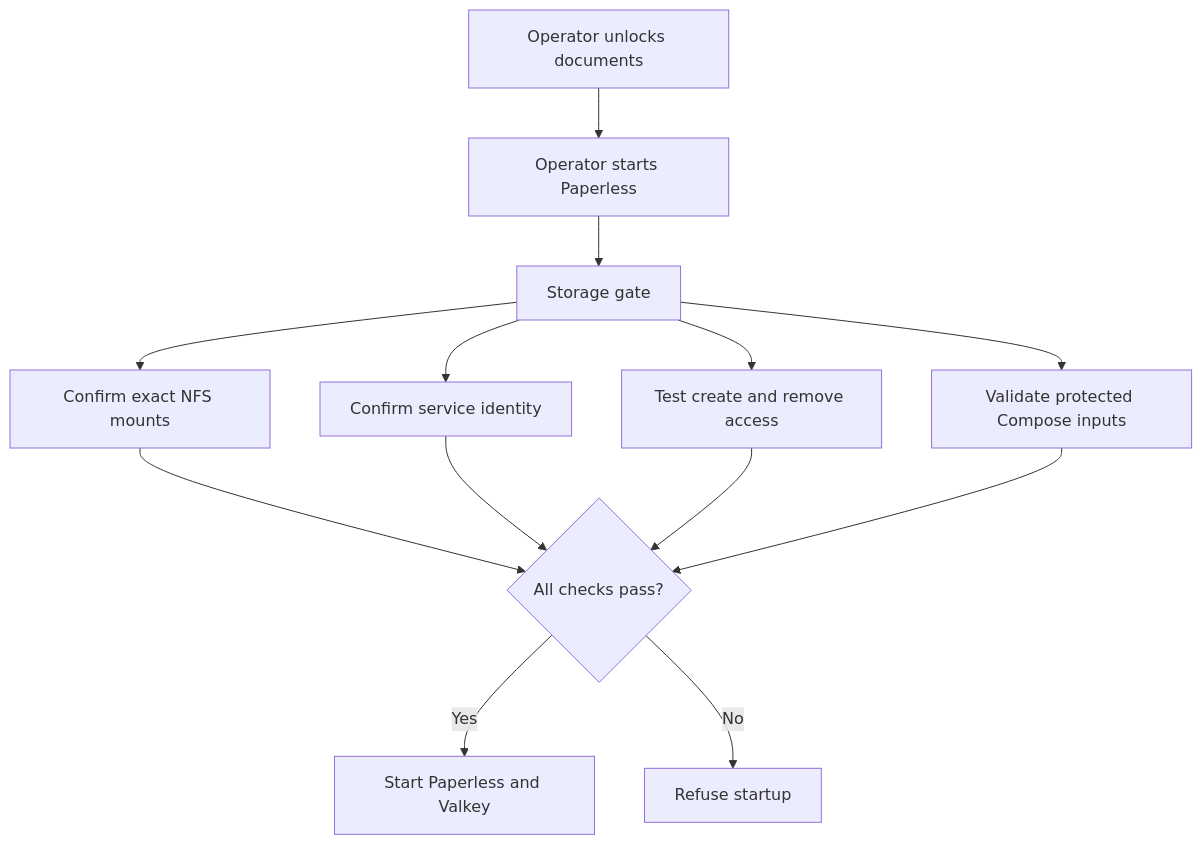
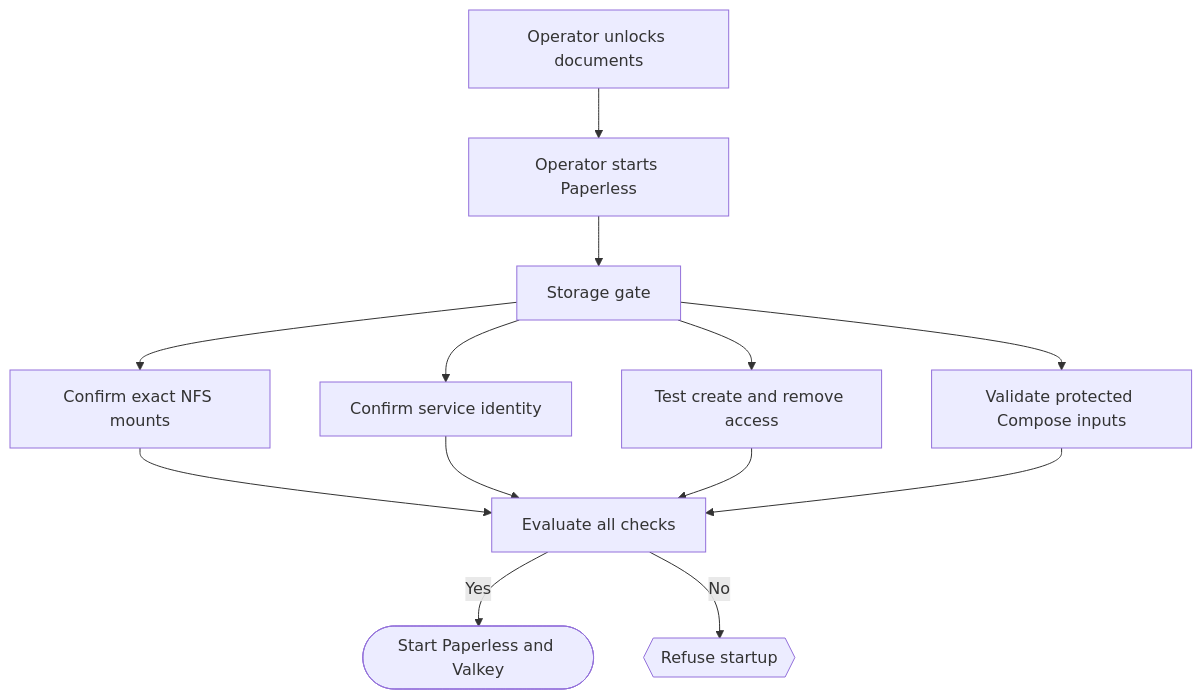
The third of 3 diagrams in site/content/blog/building-my-homelab-part4.md (jnanic/jnanic.github.io), drawn with Mermaid before and after one commit. The commit also changed other lines of this file and 3 other files, not shown here.

Commit message:
updated mermaind diagrams on rest of the blogs.

````diff
--- a/site/content/blog/building-my-homelab-part4.md
+++ b/site/content/blog/building-my-homelab-part4.md
@@ -137,21 +160,32 @@
 ```mermaid size=standard caption="Paperless storage-gated startup"
 flowchart TB
     accTitle: Paperless storage-gated startup
     accDescr: After documents are unlocked and Paperless startup is requested, a storage gate checks NFS mounts, service identity, write access, and protected inputs. Passing starts Paperless and Valkey; failure refuses startup.
 
-    UNLOCK["Operator unlocks documents"] --> START["Operator starts Paperless"]
-    START --> GATE["Storage gate"]
+    UNLOCK["Operator unlocks documents"]
+    START["Operator starts Paperless"]
+    GATE["Storage gate"]
+    MOUNTS["Confirm exact NFS mounts"]
+    IDENTITY["Confirm service identity"]
+    ACCESS["Test create and remove access"]
+    CONFIG["Validate protected Compose inputs"]
+    PASS["Evaluate all checks"]
+    COMPOSE(["Start Paperless and Valkey"])
+    REFUSE{{"Refuse startup"}}
 
-    GATE --> MOUNTS["Confirm exact NFS mounts"]
-    GATE --> IDENTITY["Confirm service identity"]
-    GATE --> ACCESS["Test create and remove access"]
-    GATE --> CONFIG["Validate protected Compose inputs"]
-
-    MOUNTS --> PASS{"All checks pass?"}
+    UNLOCK --> START --> GATE
+    GATE --> MOUNTS
+    GATE --> IDENTITY
+    GATE --> ACCESS
+    GATE --> CONFIG
+    MOUNTS --> PASS
     IDENTITY --> PASS
     ACCESS --> PASS
     CONFIG --> PASS
+    PASS -->|"Yes"| COMPOSE
+    PASS -->|"No"| REFUSE
 
-    PASS -->|"Yes"| COMPOSE["Start Paperless and Valkey"]
-    PASS -->|"No"| REFUSE["Refuse startup"]
+    class UNLOCK,START,GATE,MOUNTS,IDENTITY,ACCESS,CONFIG,PASS process;
+    class COMPOSE approved;
+    class REFUSE failure;
 ```
````
